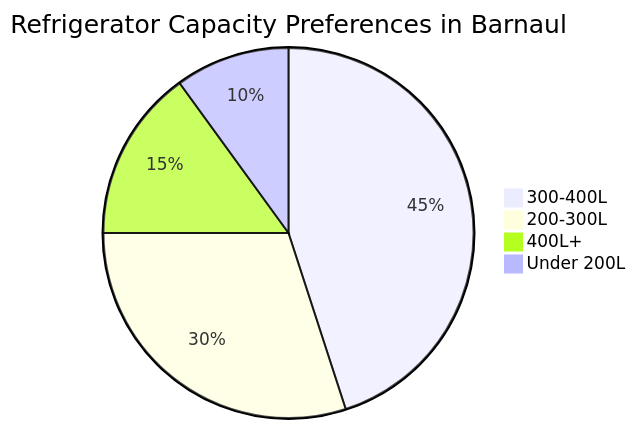
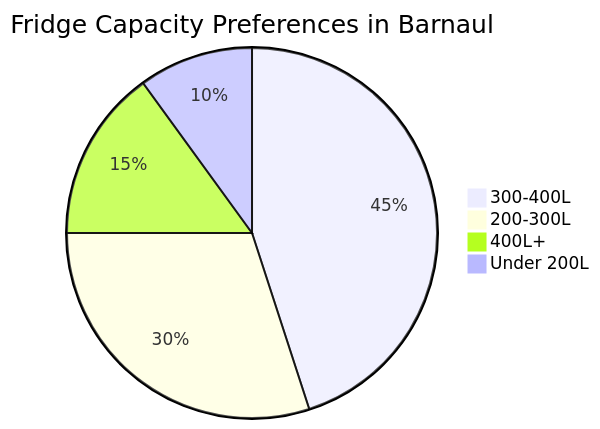
One commit to emperor-kat/one-project changed the diagram in docs/guide/overview.md. Above: the diagram before and after it, drawn with Mermaid.

Commit message:
[#3] mermaid

````diff
--- a/docs/guide/overview.md
+++ b/docs/guide/overview.md
@@ -17,7 +17,7 @@
 ```mermaid
-pie title Refrigerator Capacity Preferences in Barnaul
+pie title Fridge Capacity Preferences in Barnaul
     "300-400L" : 45
     "200-300L" : 30
     "400L+" : 15
     "Under 200L" : 10
 ```
````
